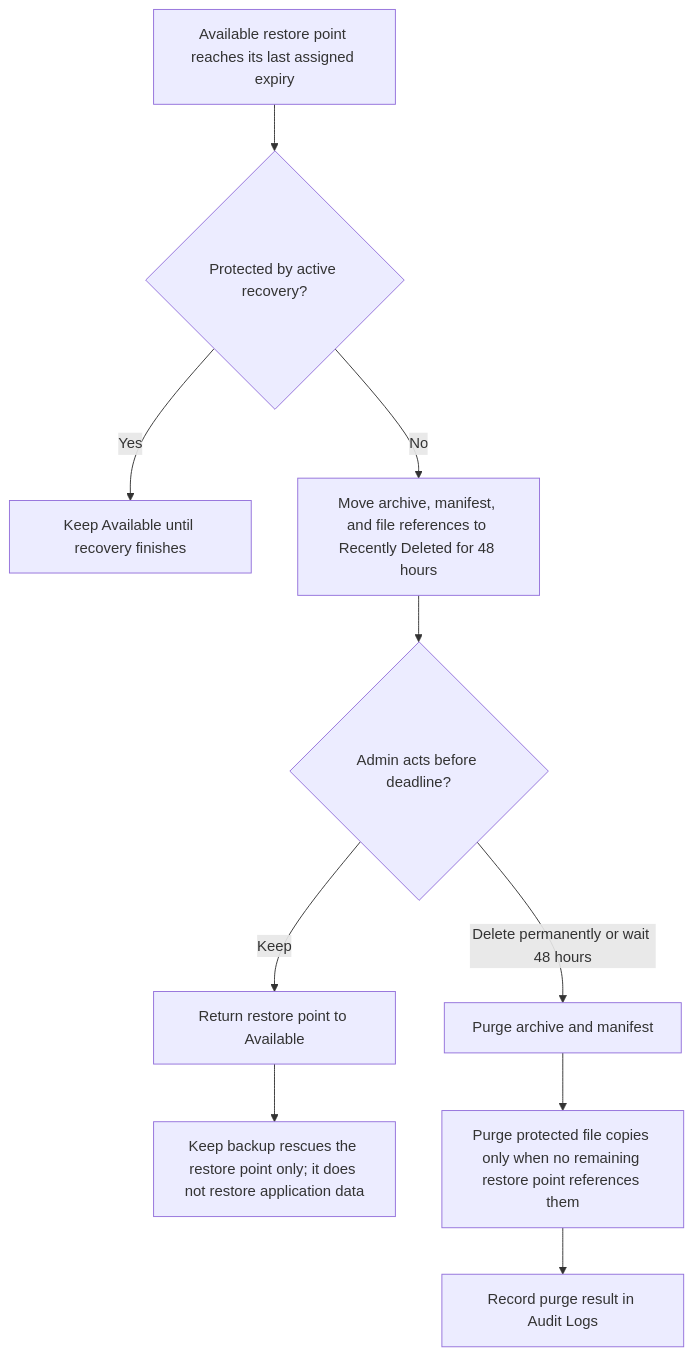
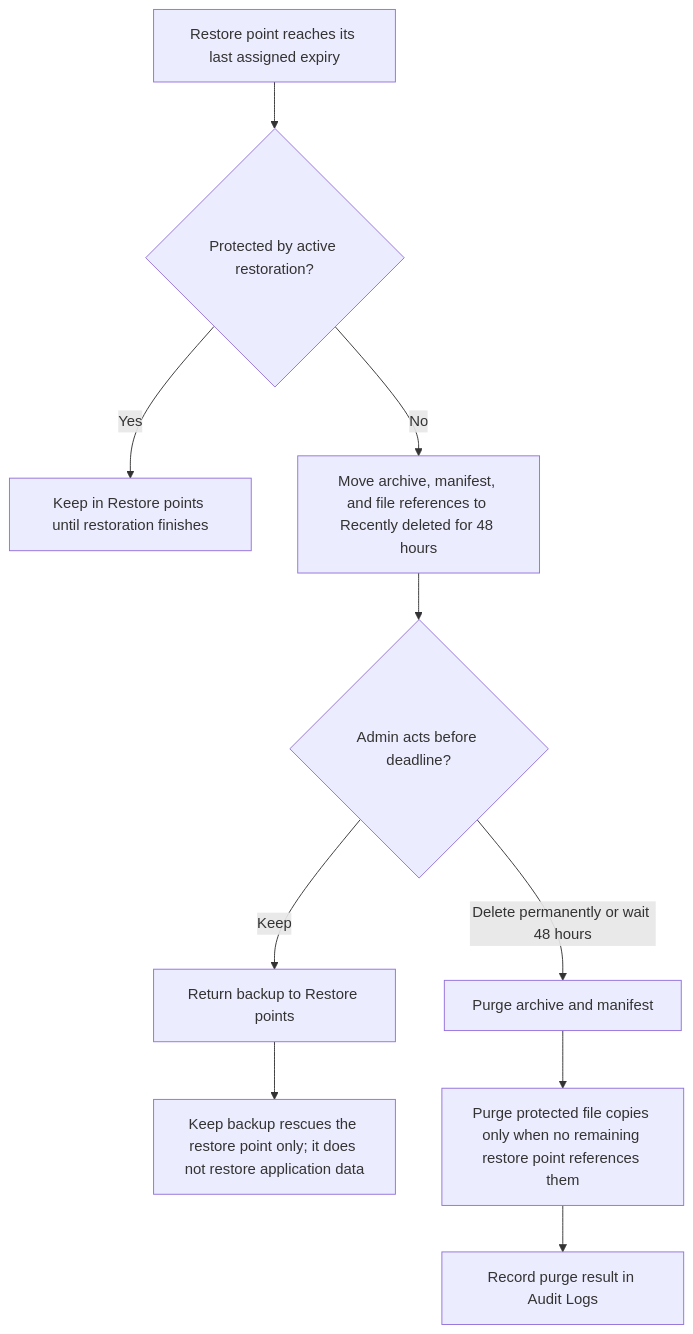
The second of 4 diagrams in docs/modules/Flowcharts/Backup and Recovery.md (ja2gc/Nutriscope), drawn with Mermaid before and after one commit. The commit also changed other lines of this file and 5 other files, not shown here.

````diff
--- a/docs/modules/Flowcharts/Backup and Recovery.md
+++ b/docs/modules/Flowcharts/Backup and Recovery.md
@@ -37,12 +38,12 @@
 ```mermaid
 flowchart TD
-    A["Available restore point reaches its last assigned expiry"] --> B{"Protected by active recovery?"}
-    B -->|"Yes"| C["Keep Available until recovery finishes"]
-    B -->|"No"| D["Move archive, manifest, and file references to Recently Deleted for 48 hours"]
+    A["Restore point reaches its last assigned expiry"] --> B{"Protected by active restoration?"}
+    B -->|"Yes"| C["Keep in Restore points until restoration finishes"]
+    B -->|"No"| D["Move archive, manifest, and file references to Recently deleted for 48 hours"]
     D --> E{"Admin acts before deadline?"}
-    E -->|"Keep"| F["Return restore point to Available"]
+    E -->|"Keep"| F["Return backup to Restore points"]
     F --> G["Keep backup rescues the restore point only; it does not restore application data"]
     E -->|"Delete permanently or wait 48 hours"| H["Purge archive and manifest"]
     H --> I["Purge protected file copies only when no remaining restore point references them"]
     I --> J["Record purge result in Audit Logs"]
 ```
````
